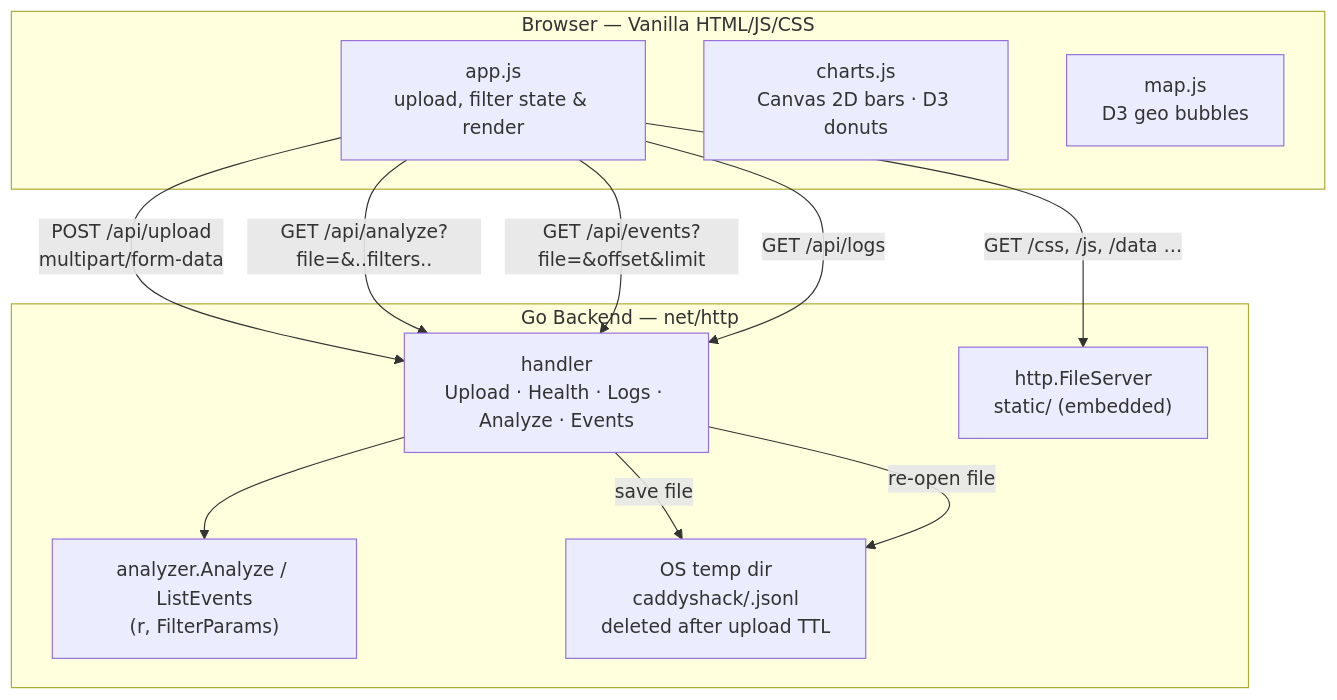
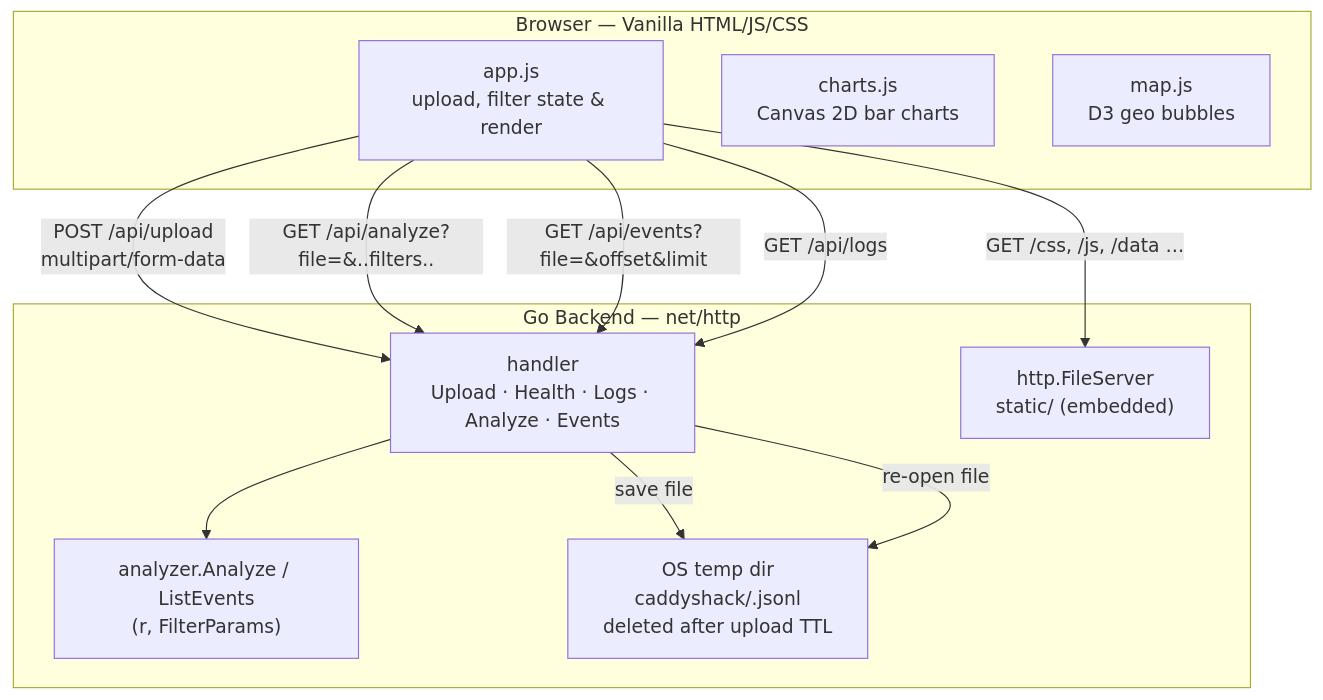
One commit to bjblazko/caddyshack changed the first of 2 diagrams in doc/arch/05_building_block_view.md. Above: the diagram before and after it, drawn with Mermaid. The commit also changed other lines of this file and 38 other files, not shown here.

````diff
--- a/doc/arch/05_building_block_view.md
+++ b/doc/arch/05_building_block_view.md
@@ -5,24 +5,24 @@
 ```mermaid
 graph TB
     subgraph Browser["Browser — Vanilla HTML/JS/CSS"]
         appjs["app.js\nupload, filter state & render"]
-        chartsjs["charts.js\nCanvas 2D bars · D3 donuts"]
+        chartsjs["charts.js\nCanvas 2D bar charts"]
         mapjs["map.js\nD3 geo bubbles"]
     end
 
     subgraph Backend["Go Backend — net/http"]
         handler["handler\nUpload · Health · Logs · Analyze · Events"]
         analyzer["analyzer.Analyze / ListEvents\n(r, FilterParams)"]
         fileserver["http.FileServer\nstatic/ (embedded)"]
         tmpdir["OS temp dir\ncaddyshack/<id>.jsonl\ndeleted after upload TTL"]
     end
 
     appjs -->|"POST /api/upload\nmultipart/form-data"| handler
     appjs -->|"GET /api/analyze?file=<id>&..filters.."| handler
     appjs -->|"GET /api/events?file=<id>&offset&limit"| handler
     appjs -->|"GET /api/logs"| handler
     appjs -->|"GET /css, /js, /data …"| fileserver
     handler -->|"save file"| tmpdir
     handler -->|"re-open file"| tmpdir
     handler --> analyzer
 ```
````
